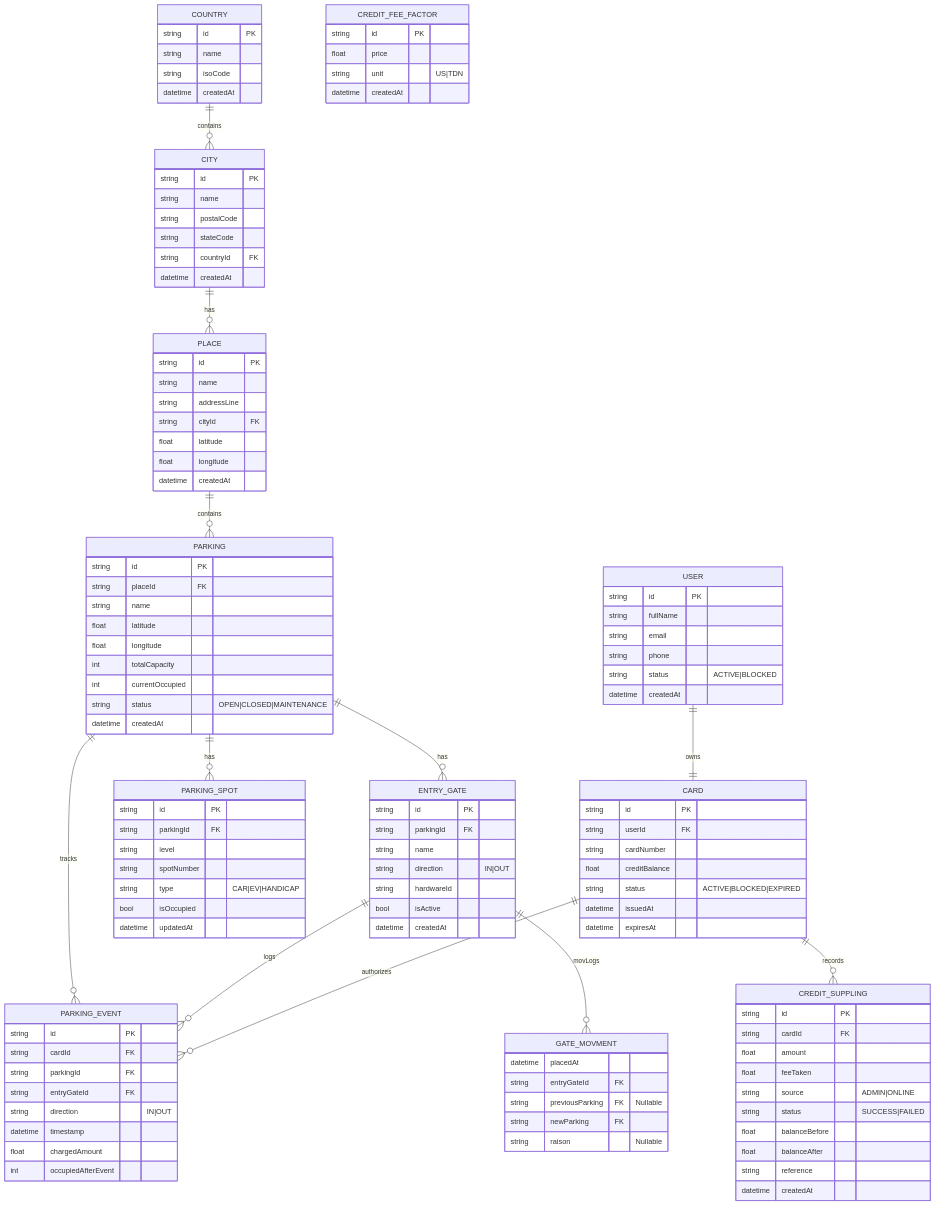
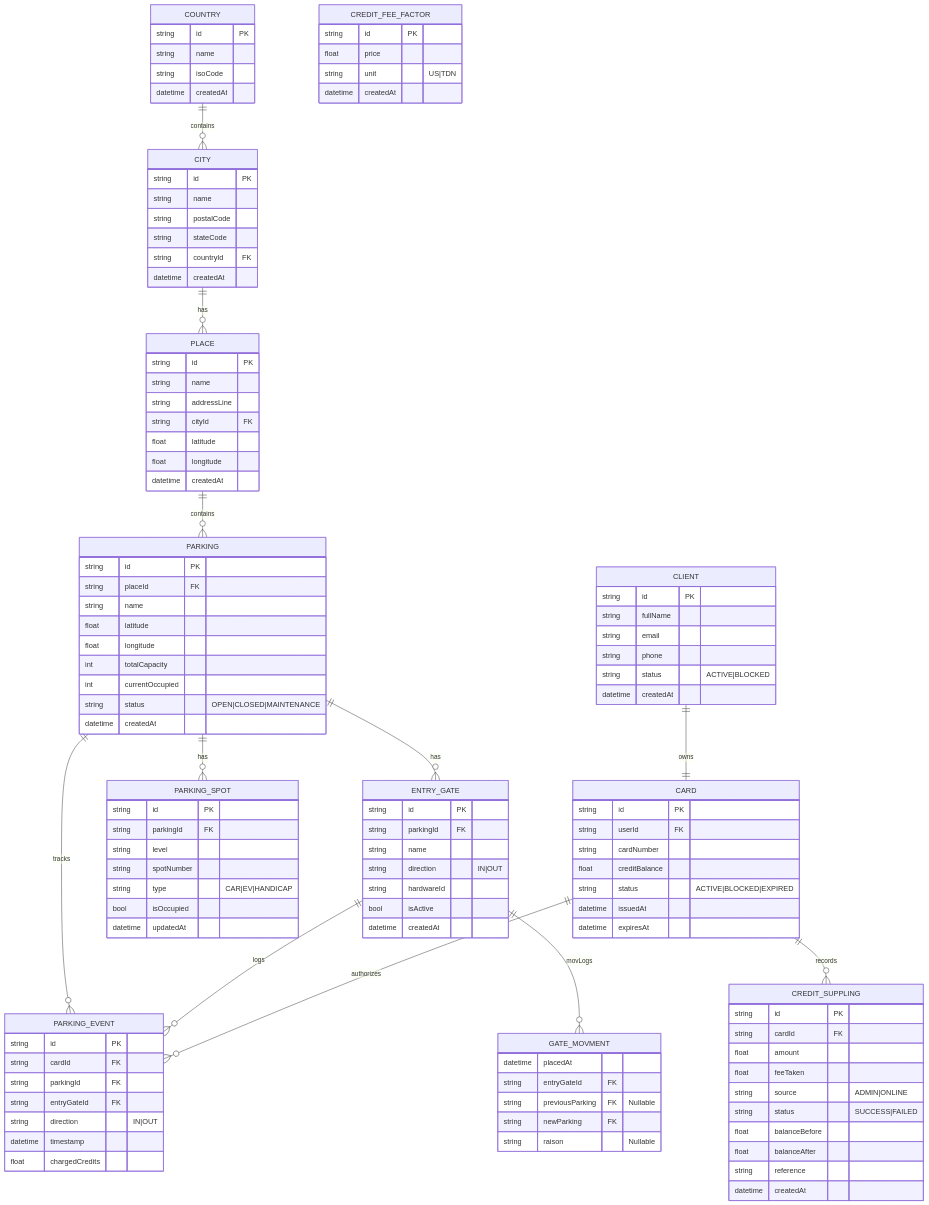
Before and after one commit to vitamin-0xff/parking-system: the diagram in GEMINI.md, drawn with Mermaid. The commit also changed other lines of this file and 13 other files, not shown here.

```diff
--- a/GEMINI.md
+++ b/GEMINI.md
@@ -89,7 +89,7 @@
     PARKING ||--o{ PARKING_SPOT : has
     PARKING ||--o{ PARKING_EVENT : tracks
 
-    USER ||--|| CARD : owns
+    CLIENT ||--|| CARD : owns
     CARD ||--o{ CREDIT_SUPPLING : records
 
     
@@ -155,7 +155,7 @@
         datetime updatedAt
     }
 
-    USER {
+    CLIENT {
         string id PK
         string fullName
         string email
@@ -181,8 +181,7 @@
         string entryGateId FK
         string direction "IN|OUT"
         datetime timestamp
-        float chargedAmount
-        int occupiedAfterEvent
+        float chargedCredits
     }
 
     GATE_MOVMENT {
```
